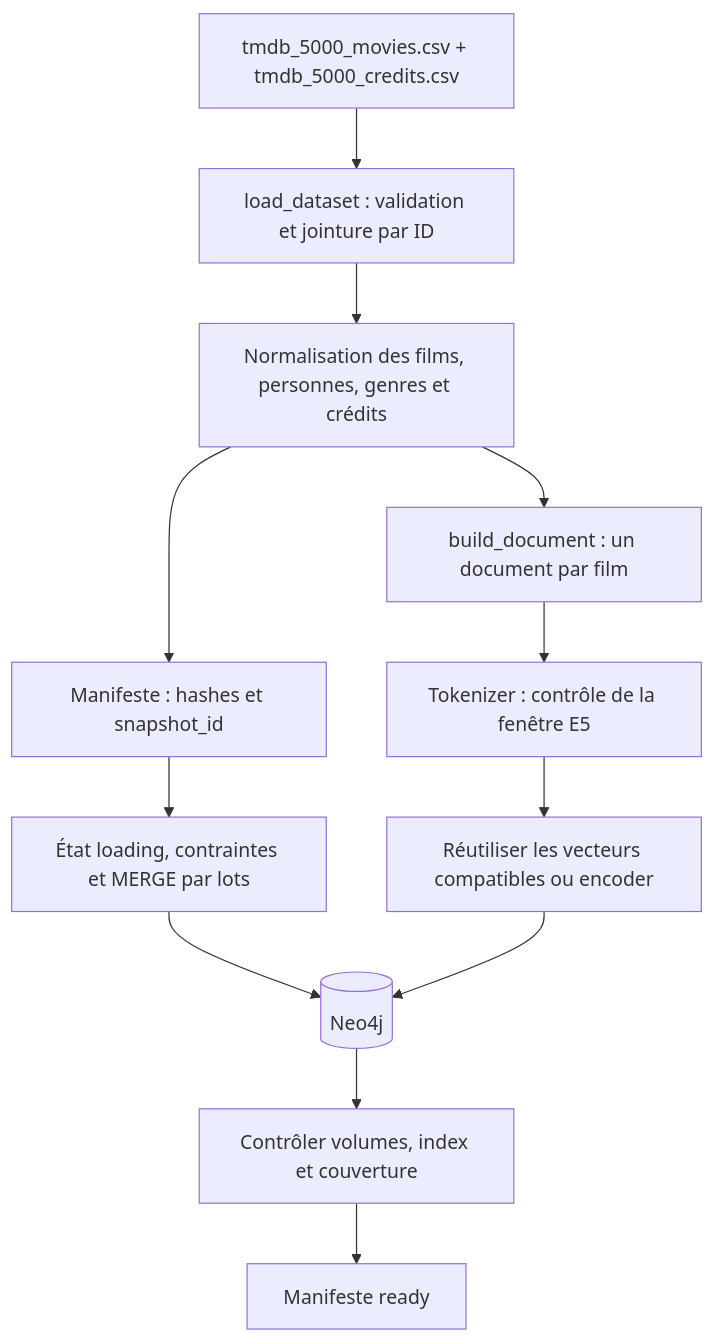
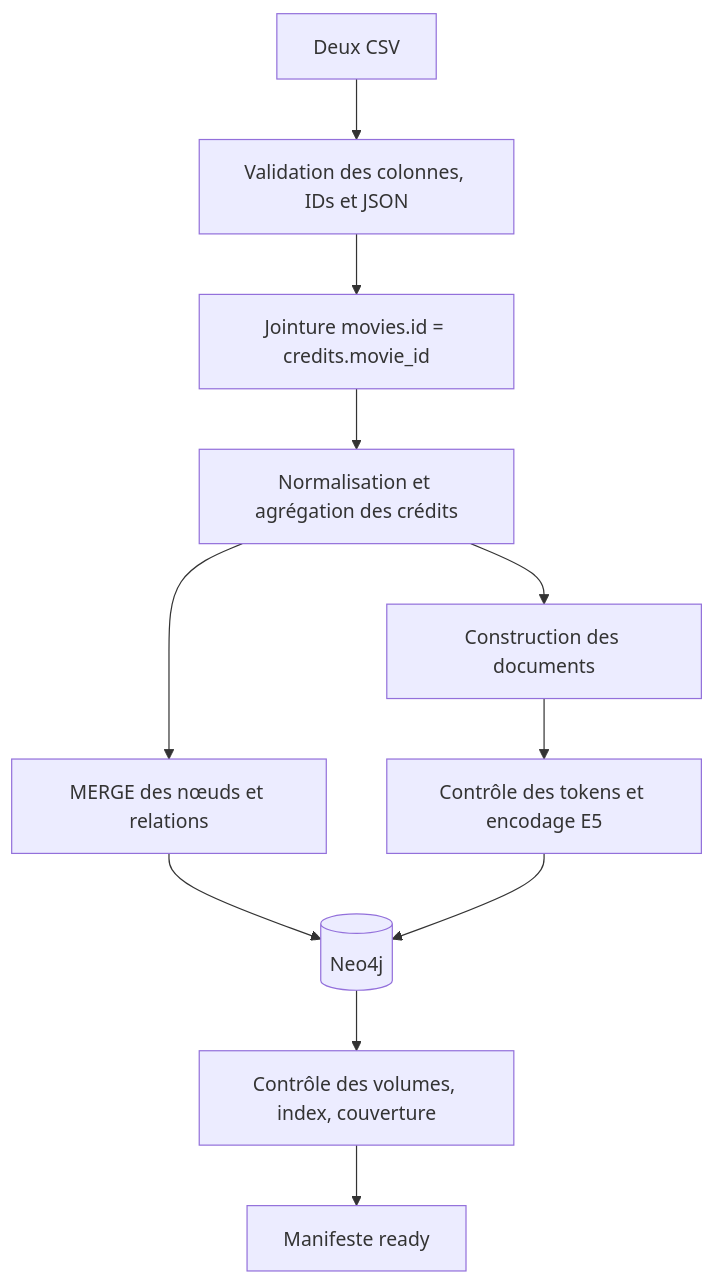
The third of 4 diagrams in docs/architecture_complete_soutenance.md (Styyde/Movie-GraphRag-), drawn with Mermaid before and after one commit. The commit also changed other lines of this file and 9 other files, not shown here.

Commit message:
updating frontend and architecture documentation

````diff
--- a/docs/architecture_complete_soutenance.md
+++ b/docs/architecture_complete_soutenance.md
@@ -155,14 +110,13 @@
-```mermaid
+~~~mermaid
 flowchart TD
-    A["tmdb_5000_movies.csv + tmdb_5000_credits.csv"] --> B["load_dataset : validation et jointure par ID"]
-    B --> C["Normalisation des films, personnes, genres et crédits"]
-    C --> D["Manifeste : hashes et snapshot_id"]
-    D --> E["État loading, contraintes et MERGE par lots"]
-    C --> F["build_document : un document par film"]
-    F --> G["Tokenizer : contrôle de la fenêtre E5"]
-    G --> H["Réutiliser les vecteurs compatibles ou encoder"]
-    E --> N[(Neo4j)]
-    H --> N
-    N --> I["Contrôler volumes, index et couverture"]
-    I --> J["Manifeste ready"]
-```
+    A["Deux CSV"] --> B["Validation des colonnes, IDs et JSON"]
+    B --> C["Jointure movies.id = credits.movie_id"]
+    C --> D["Normalisation et agrégation des crédits"]
+    D --> E["MERGE des nœuds et relations"]
+    D --> F["Construction des documents"]
+    F --> G["Contrôle des tokens et encodage E5"]
+    E --> N[("Neo4j")]
+    G --> N
+    N --> H["Contrôle des volumes, index, couverture"]
+    H --> I["Manifeste ready"]
+~~~
````
